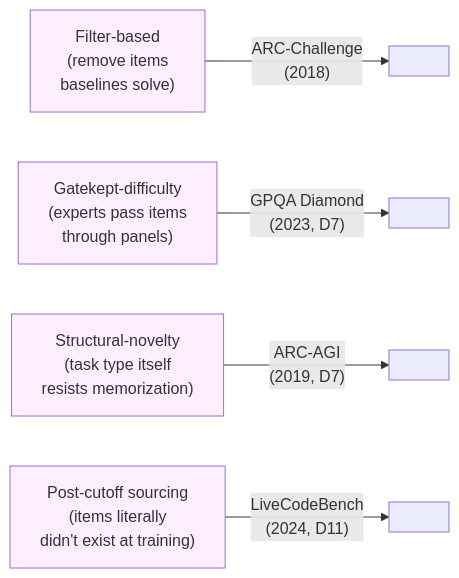
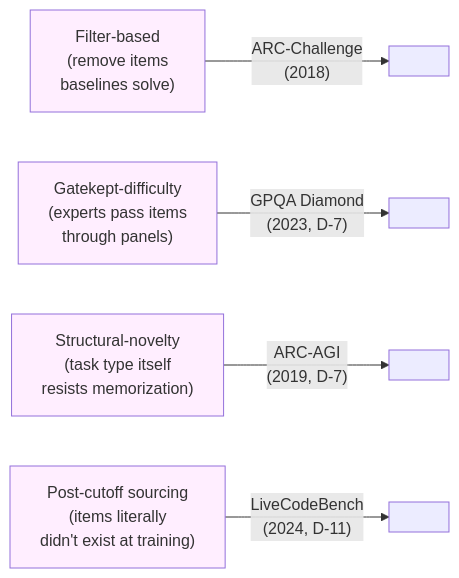
Before and after one commit to netzer-git/AIEvalLearnPath: the diagram in learning-plan/lessons/d08-reasoning-evaluation.md, drawn with Mermaid. The commit also changed other lines of this file and 6 other files, not shown here.

````diff
--- a/learning-plan/lessons/d08-reasoning-evaluation.md
+++ b/learning-plan/lessons/d08-reasoning-evaluation.md
@@ -121,16 +179,16 @@
 ```mermaid
 flowchart LR
     F["Filter-based<br/>(remove items<br/>baselines solve)"]
     F -->|"ARC-Challenge<br/>(2018)"| F2[" "]
     G["Gatekept-difficulty<br/>(experts pass items<br/>through panels)"]
-    G -->|"GPQA Diamond<br/>(2023, D7)"| G2[" "]
+    G -->|"GPQA Diamond<br/>(2023, D-7)"| G2[" "]
     S["Structural-novelty<br/>(task type itself<br/>resists memorization)"]
-    S -->|"ARC-AGI<br/>(2019, D7)"| S2[" "]
+    S -->|"ARC-AGI<br/>(2019, D-7)"| S2[" "]
     P["Post-cutoff sourcing<br/>(items literally<br/>didn't exist at training)"]
-    P -->|"LiveCodeBench<br/>(2024, D11)"| P2[" "]
+    P -->|"LiveCodeBench<br/>(2024, D-11)"| P2[" "]
 
     style F fill:#fef
     style G fill:#fef
     style S fill:#fef
     style P fill:#fef
 ```
````
